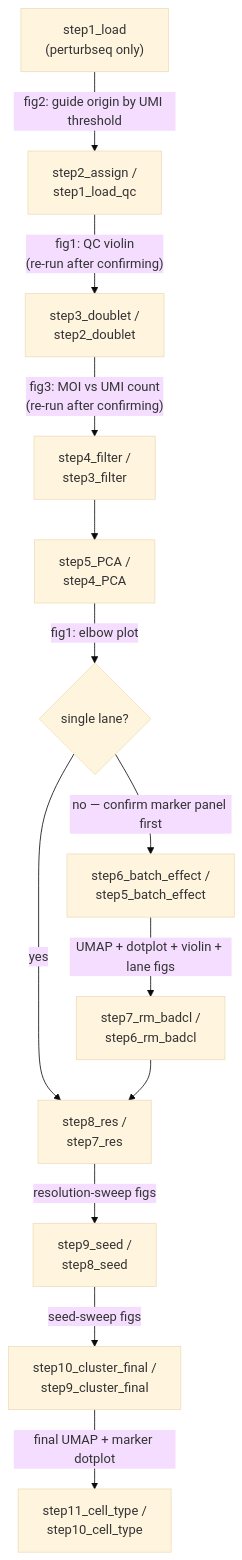
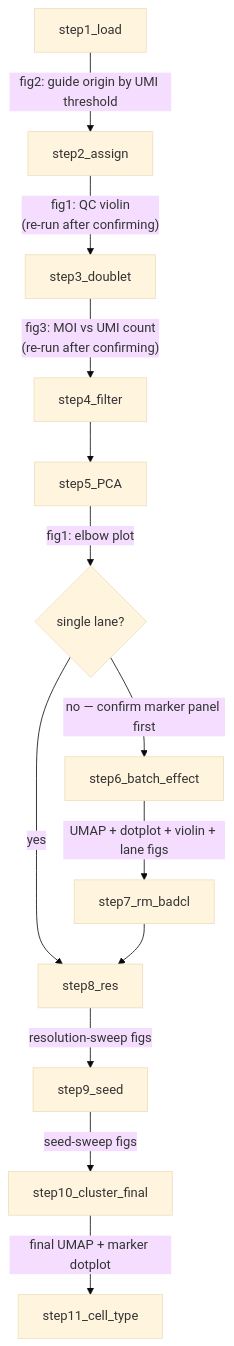
Before and after one commit to huangfulab/scrna-seq-clustering: the diagram in README.md, drawn with Mermaid (base theme). The commit also changed other lines of this file and 1 other file, not shown here.

Commit message:
Simplify pipeline diagram to plain 11-step numbering

````diff
--- a/README.md
+++ b/README.md
@@ -22,15 +22,15 @@
 ```mermaid
 flowchart TD
-    S1["step1_load<br/>(perturbseq only)"] -->|"fig2: guide origin by UMI threshold"| S2["step2_assign /<br/>step1_load_qc"]
-    S2 -->|"fig1: QC violin<br/>(re-run after confirming)"| S3["step3_doublet /<br/>step2_doublet"]
-    S3 -->|"fig3: MOI vs UMI count<br/>(re-run after confirming)"| S4["step4_filter /<br/>step3_filter"]
-    S4 --> S5["step5_PCA /<br/>step4_PCA"]
+    S1["step1_load"] -->|"fig2: guide origin by UMI threshold"| S2["step2_assign"]
+    S2 -->|"fig1: QC violin<br/>(re-run after confirming)"| S3["step3_doublet"]
+    S3 -->|"fig3: MOI vs UMI count<br/>(re-run after confirming)"| S4["step4_filter"]
+    S4 --> S5["step5_PCA"]
     S5 -->|"fig1: elbow plot"| SL{"single lane?"}
-    SL -->|yes| S8["step8_res /<br/>step7_res"]
-    SL -->|"no — confirm marker panel first"| S6["step6_batch_effect /<br/>step5_batch_effect"]
-    S6 -->|"UMAP + dotplot + violin + lane figs"| S7["step7_rm_badcl /<br/>step6_rm_badcl"]
+    SL -->|yes| S8["step8_res"]
+    SL -->|"no — confirm marker panel first"| S6["step6_batch_effect"]
+    S6 -->|"UMAP + dotplot + violin + lane figs"| S7["step7_rm_badcl"]
     S7 --> S8
-    S8 -->|"resolution-sweep figs"| S9["step9_seed /<br/>step8_seed"]
-    S9 -->|"seed-sweep figs"| S10["step10_cluster_final /<br/>step9_cluster_final"]
-    S10 -->|"final UMAP + marker dotplot"| S11["step11_cell_type /<br/>step10_cell_type"]
+    S8 -->|"resolution-sweep figs"| S9["step9_seed"]
+    S9 -->|"seed-sweep figs"| S10["step10_cluster_final"]
+    S10 -->|"final UMAP + marker dotplot"| S11["step11_cell_type"]
 ```
````
